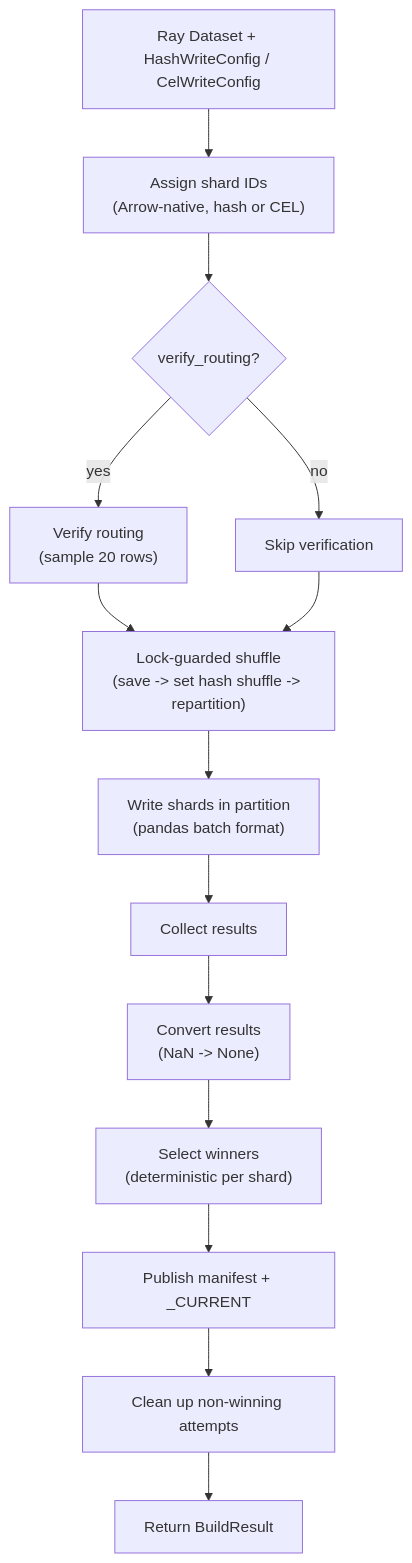
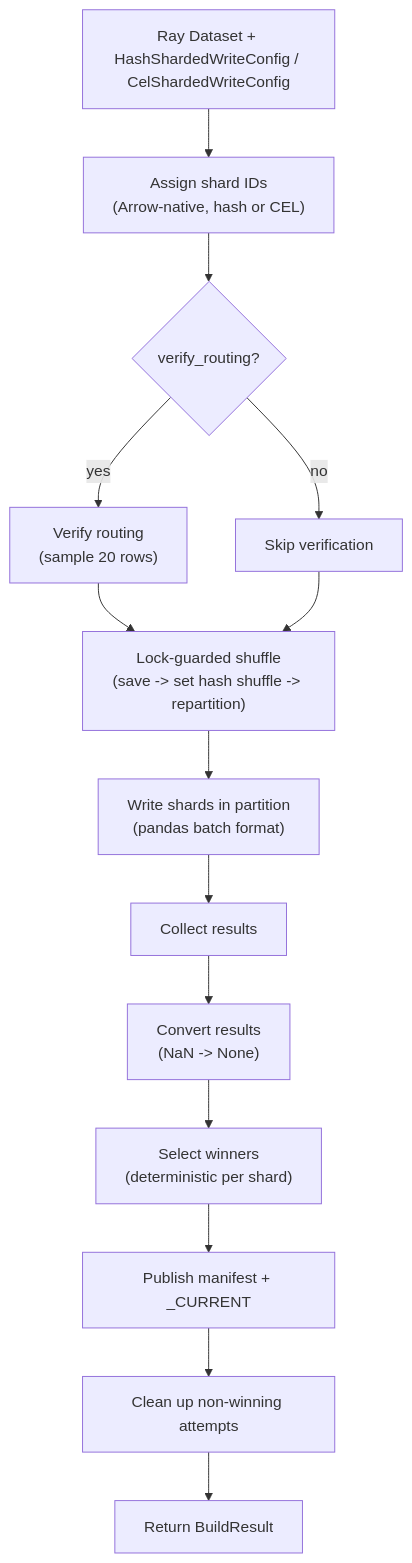
The diagram in docs/use-cases/kv-storage/build/ray.md (elkin/shardyfusion), drawn with Mermaid before and after one commit. The commit also changed other lines of this file and 27 other files, not shown here.

````diff
--- a/docs/use-cases/kv-storage/build/ray.md
+++ b/docs/use-cases/kv-storage/build/ray.md
@@ -90,16 +94,16 @@
 ```mermaid
 flowchart TD
-    A[Ray Dataset + HashWriteConfig / CelWriteConfig] --> B["Assign shard IDs<br/>(Arrow-native, hash or CEL)"]
+    A[Ray Dataset + HashShardedWriteConfig / CelShardedWriteConfig] --> B["Assign shard IDs<br/>(Arrow-native, hash or CEL)"]
     B --> C{"verify_routing?"}
     C -->|yes| D["Verify routing<br/>(sample 20 rows)"]
     C -->|no| E[Skip verification]
     D --> F["Lock-guarded shuffle<br/>(save -> set hash shuffle -> repartition)"]
     E --> F
     F --> G["Write shards in partition<br/>(pandas batch format)"]
     G --> H["Collect results"]
     H --> I["Convert results<br/>(NaN -> None)"]
     I --> J["Select winners<br/>(deterministic per shard)"]
     J --> K["Publish manifest + _CURRENT"]
     K --> L["Clean up non-winning attempts"]
     L --> M[Return BuildResult]
 ```
````
